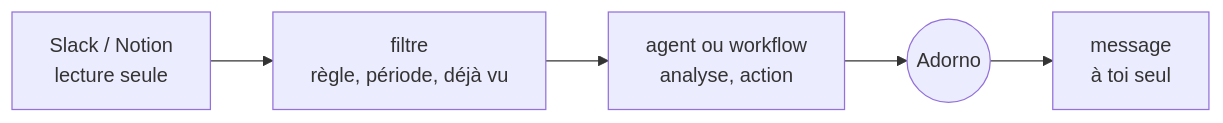
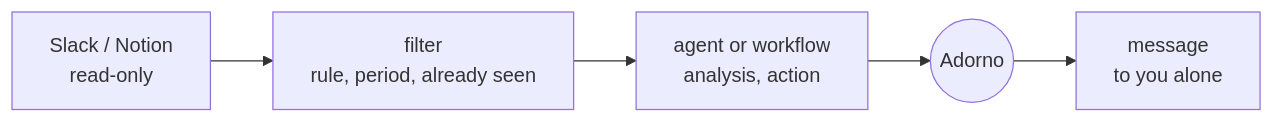
The third of 4 diagrams in docs/setup.md (nicolasmondain/adorno), drawn with Mermaid before and after one commit. The commit also changed other lines of this file and 379 other files, not shown here.

````diff
--- a/docs/setup.md
+++ b/docs/setup.md
@@ -238,4 +237,4 @@
 ```mermaid
 flowchart LR
-  S["Slack / Notion<br/>lecture seule"] --> F["filtre<br/>règle, période, déjà vu"] --> A["agent ou workflow<br/>analyse, action"] --> D(("Adorno")) --> M["message<br/>à toi seul"]
+  S["Slack / Notion<br/>read-only"] --> F["filter<br/>rule, period, already seen"] --> A["agent or workflow<br/>analysis, action"] --> D(("Adorno")) --> M["message<br/>to you alone"]
 ```
````
